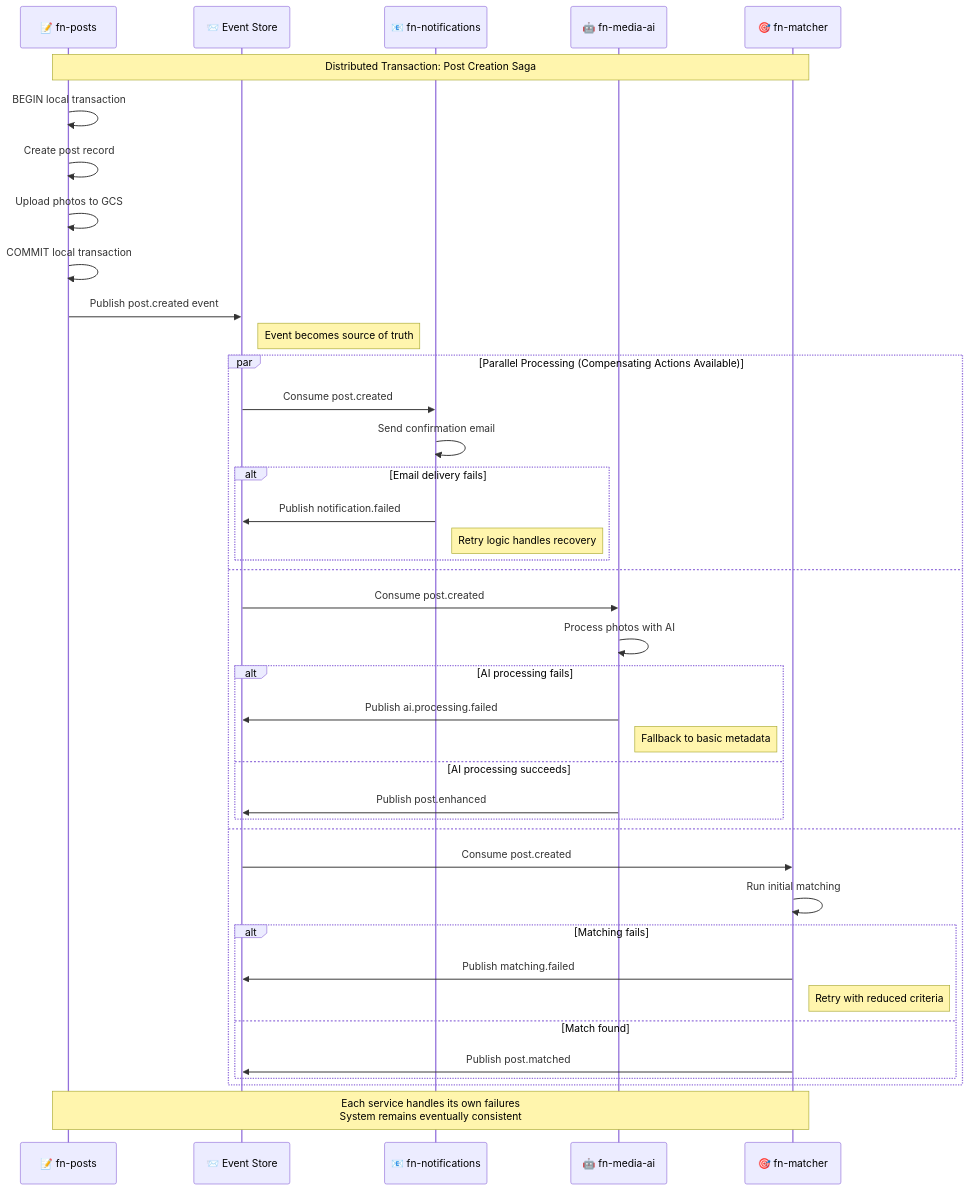
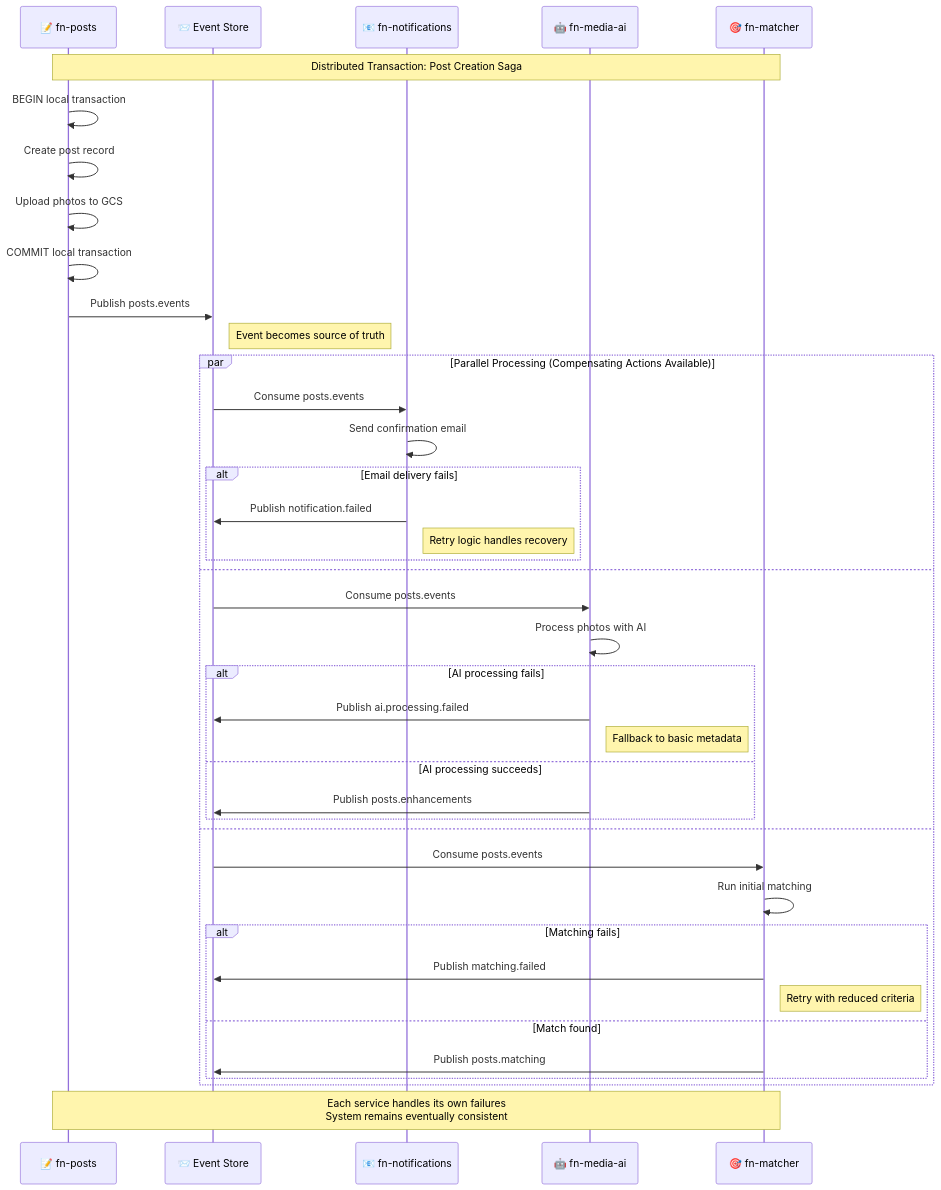
The sixth of 12 diagrams in DOMAIN-INTERACTIONS.md (findly-now/fn-docs), drawn with Mermaid before and after one commit. The commit also changed other lines of this file and 10 other files, not shown here.

````diff
--- a/DOMAIN-INTERACTIONS.md
+++ b/DOMAIN-INTERACTIONS.md
@@ -408,49 +389,49 @@
 ```mermaid
 sequenceDiagram
     participant Posts as 📝 fn-posts
     participant Kafka as 📨 Event Store
     participant Notifications as 📧 fn-notifications
     participant MediaAI as 🤖 fn-media-ai
     participant Matcher as 🎯 fn-matcher
 
     Note over Posts, Matcher: Distributed Transaction: Post Creation Saga
 
     Posts->>Posts: BEGIN local transaction
     Posts->>Posts: Create post record
     Posts->>Posts: Upload photos to GCS
     Posts->>Posts: COMMIT local transaction
 
-    Posts->>Kafka: Publish post.created event
+    Posts->>Kafka: Publish posts.events
     Note right of Kafka: Event becomes source of truth
 
     par Parallel Processing (Compensating Actions Available)
-        Kafka->>Notifications: Consume post.created
+        Kafka->>Notifications: Consume posts.events
         Notifications->>Notifications: Send confirmation email
         alt Email delivery fails
             Notifications->>Kafka: Publish notification.failed
             Note right of Notifications: Retry logic handles recovery
         end
 
     and
-        Kafka->>MediaAI: Consume post.created
+        Kafka->>MediaAI: Consume posts.events
         MediaAI->>MediaAI: Process photos with AI
         alt AI processing fails
             MediaAI->>Kafka: Publish ai.processing.failed
             Note right of MediaAI: Fallback to basic metadata
         else AI processing succeeds
-            MediaAI->>Kafka: Publish post.enhanced
+            MediaAI->>Kafka: Publish posts.enhancements
         end
 
     and
-        Kafka->>Matcher: Consume post.created
+        Kafka->>Matcher: Consume posts.events
         Matcher->>Matcher: Run initial matching
         alt Matching fails
             Matcher->>Kafka: Publish matching.failed
             Note right of Matcher: Retry with reduced criteria
         else Match found
-            Matcher->>Kafka: Publish post.matched
+            Matcher->>Kafka: Publish posts.matching
         end
     end
 
     Note over Posts, Matcher: Each service handles its own failures<br/>System remains eventually consistent
 ```
````
